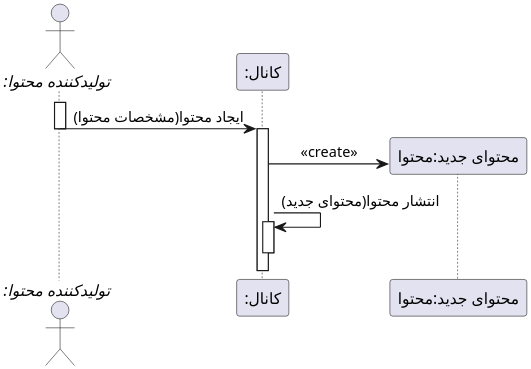
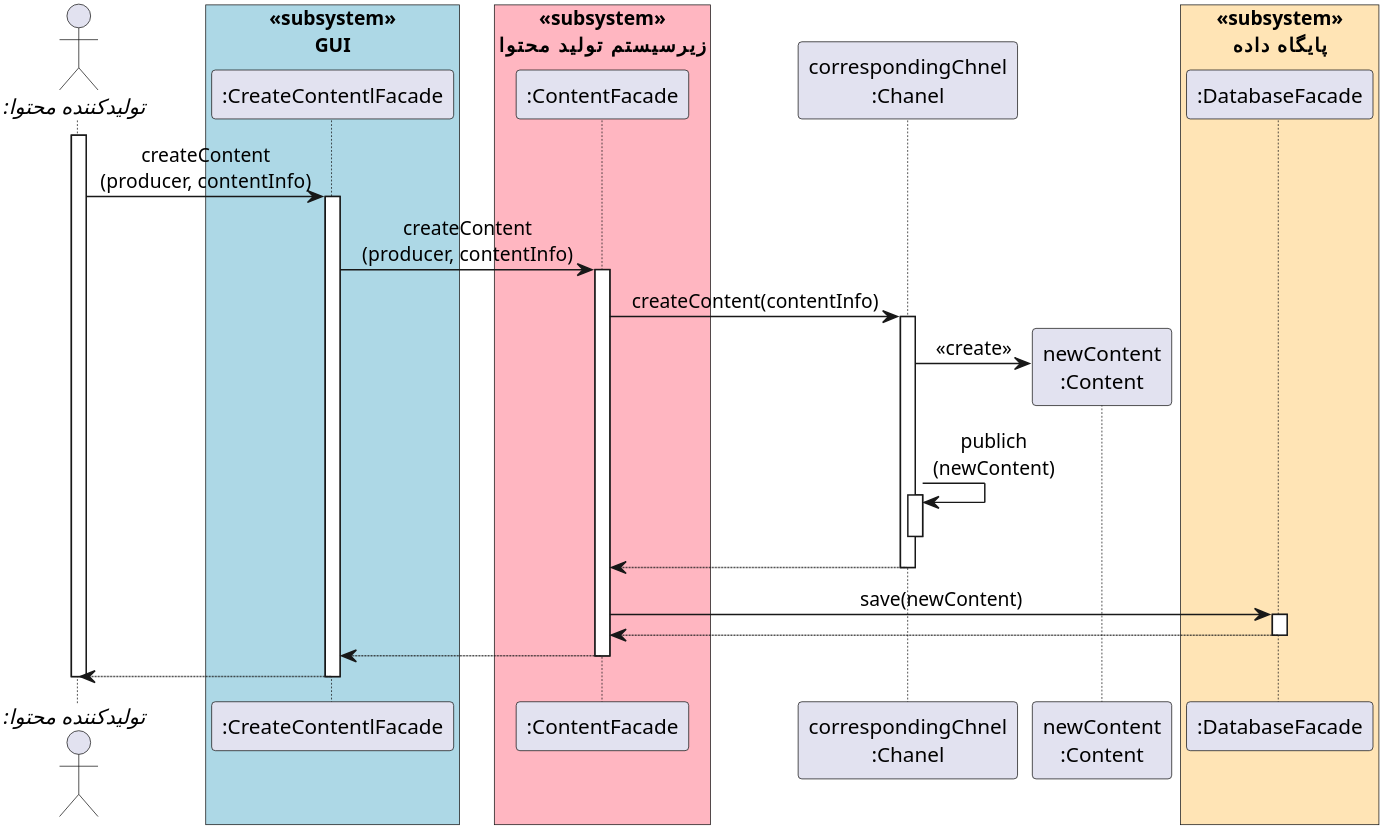
The diagram in Diagrams/Design Sequence/CreateContent.puml (soleyman79/Qasedak), drawn with PlantUML before and after one commit.

Commit message:
Add create content

```diff
--- a/Diagrams/Design Sequence/CreateContent.puml
+++ b/Diagrams/Design Sequence/CreateContent.puml
@@ -1,22 +1,47 @@
 @startuml create_content
 
 
-scale 3
+scale 4
 skinparam DefaultFontName Vazir
 skinparam DefaultTextAlignment center
 
  
 actor "//:تولیدکننده محتوا//" as producer
-participant ":کانال" as chanel
-participant "محتوای جدید:محتوا" as content
+box "«subsystem»\nGUI" #LightBlue
+participant ":CreateContentlFacade" as ui
+end box
+box "«subsystem»\nزیرسیستم تولید محتوا" #LightPink
+participant ":ContentFacade" as contentFacade
+end box
+participant "correspondingChnel\n:Chanel" as chanel
+participant "newContent\n:Content" as content
+box "«subsystem»\nپایگاه داده" #Moccasin
+participant ":DatabaseFacade" as db
+end box
+
 
 activate producer
-producer -> chanel : ایجاد محتوا(مشخصات محتوا)
-deactivate producer
+producer -> ui: createContent\n(producer, contentInfo)
+activate ui
+ui -> contentFacade: createContent\n(producer, contentInfo)
+activate contentFacade
+contentFacade -> chanel: createContent(contentInfo)
 activate chanel
-chanel -> content ** : «create»
-chanel -> chanel : انتشار محتوا(محتوای جدید)
+chanel -> content **: «create»
+chanel -> chanel : publich\n(newContent)
 activate chanel
 deactivate chanel
+chanel --> contentFacade
+deactivate chanel
+contentFacade -> db: save(newContent)
+activate db
+db --> contentFacade
+deactivate db
+contentFacade --> ui
+deactivate contentFacade
+ui --> producer
+deactivate ui
+deactivate producer
+
 
 @enduml
```
